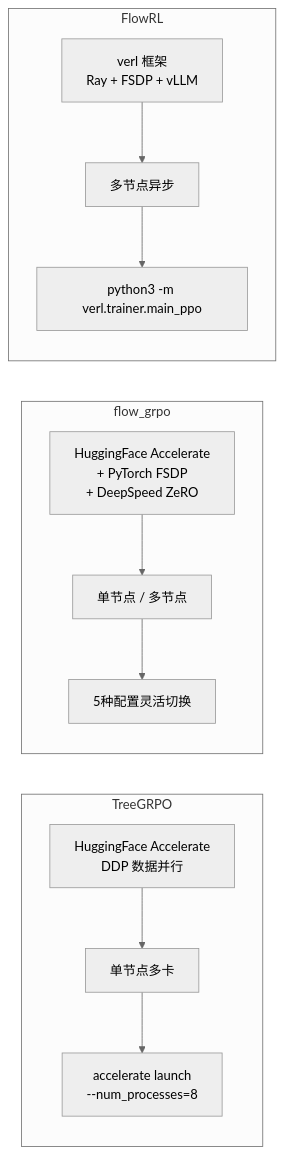
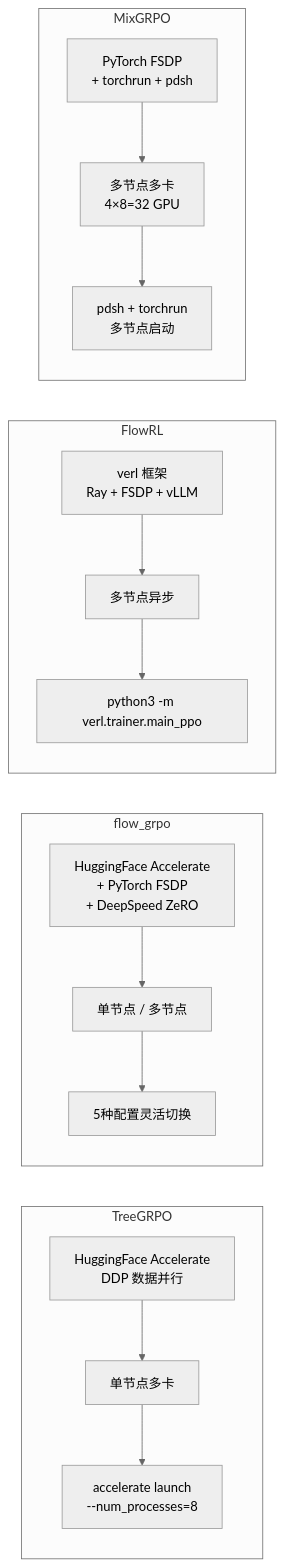
One commit to MAIR-Lab-HUST/TMPO changed the first of 8 diagrams in code-analysis/distributed_training_analysis.md. Above: the diagram before and after it, drawn with Mermaid (neutral theme). The commit also changed other lines of this file and 127 other files, not shown here.

````diff
--- a/code-analysis/distributed_training_analysis.md
+++ b/code-analysis/distributed_training_analysis.md
@@ -9,17 +9,22 @@
 ```mermaid
 graph LR
     subgraph "TreeGRPO"
         A1["HuggingFace Accelerate<br/>DDP 数据并行"] --> A2["单节点多卡"]
         A2 --> A3["accelerate launch<br/>--num_processes=8"]
     end
     
     subgraph "flow_grpo"
         B1["HuggingFace Accelerate<br/>+ PyTorch FSDP<br/>+ DeepSpeed ZeRO"] --> B2["单节点 / 多节点"]
         B2 --> B3["5种配置灵活切换"]
     end
     
     subgraph "FlowRL"
         C1["verl 框架<br/>Ray + FSDP + vLLM"] --> C2["多节点异步"]
         C2 --> C3["python3 -m verl.trainer.main_ppo"]
     end
+
+    subgraph "MixGRPO"
+        D1["PyTorch FSDP<br/>+ torchrun + pdsh"] --> D2["多节点多卡<br/>4×8=32 GPU"]
+        D2 --> D3["pdsh + torchrun<br/>多节点启动"]
+    end
 ```
````
